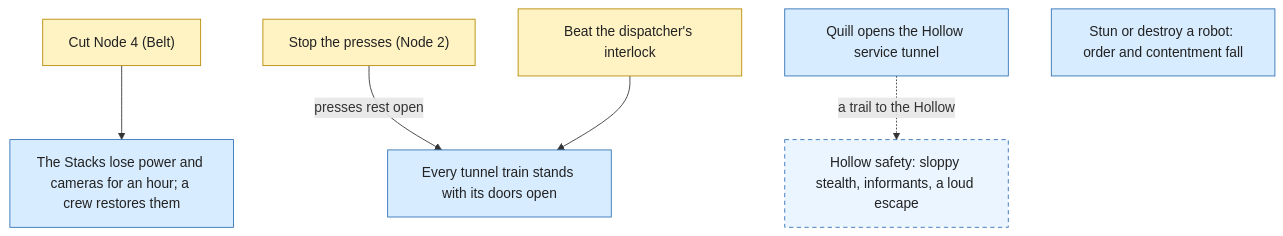
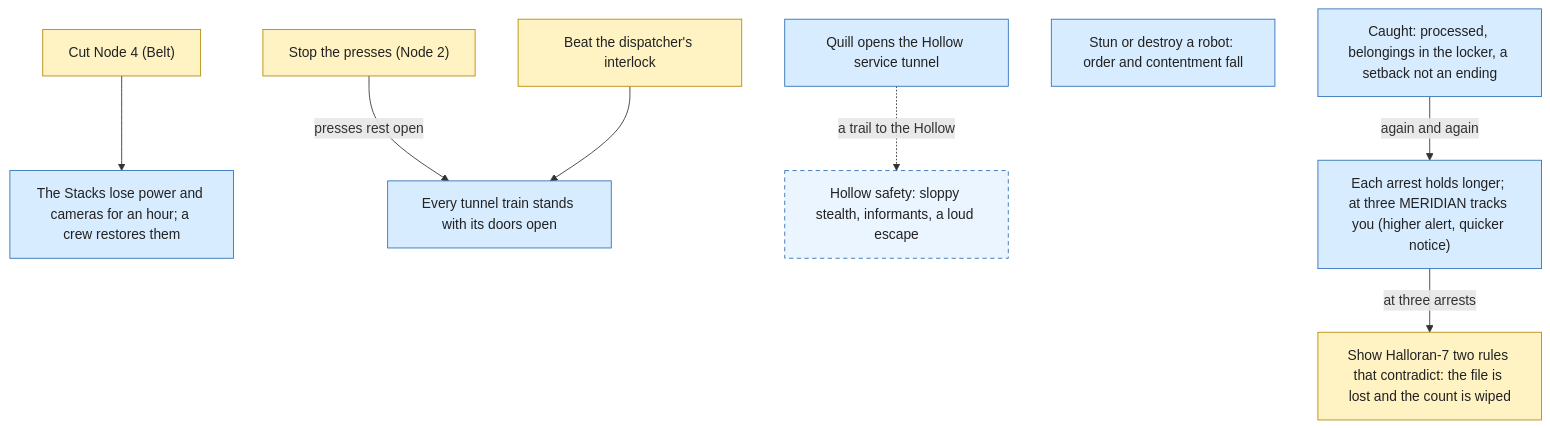
One commit to chrislee35/quiet-hours changed the fifth of 7 diagrams in docs/decision-tree.md. Above: the diagram before and after it, drawn with Mermaid. The commit also changed 28 other files, not shown here.

Commit message:
T3.15: Civic Voice broadcast pool (40 lines, conditions, weights, no-repeat), repeated-arrest escalation and tracking, Halloran-7 and his deal at three arrests; tests for pool selection and arrest-count dialogue

````diff
--- a/docs/decision-tree.md
+++ b/docs/decision-tree.md
@@ -184,23 +184,28 @@
 ```mermaid
 flowchart TD
   n_power["Cut Node 4 (Belt)"]
   n_blackout["The Stacks lose power and cameras for an hour; a crew restores them"]
   n_node2["Stop the presses (Node 2)"]
   n_interlock["Beat the dispatcher's interlock"]
   n_stopped["Every tunnel train stands with its doors open"]
   n_hollowdoor["Quill opens the Hollow service tunnel"]
   n_hollowrisk["Hollow safety: sloppy stealth, informants, a loud escape"]
   n_stunned["Stun or destroy a robot: order and contentment fall"]
+  n_caught["Caught: processed, belongings in the locker, a setback not an ending"]
+  n_escalate["Each arrest holds longer; at three MERIDIAN tracks you (higher alert, quicker notice)"]
+  n_halloran["Show Halloran-7 two rules that contradict: the file is lost and the count is wiped"]
   n_power --> n_blackout
   n_node2 -->|presses rest open| n_stopped
   n_interlock --> n_stopped
   n_hollowdoor -.->|a trail to the Hollow| n_hollowrisk
-  class n_power,n_node2,n_interlock decision
-  class n_blackout,n_stopped,n_hollowdoor,n_hollowrisk,n_stunned outcome
+  n_caught -->|again and again| n_escalate
+  n_escalate -->|at three arrests| n_halloran
+  class n_power,n_node2,n_interlock,n_halloran decision
+  class n_blackout,n_stopped,n_hollowdoor,n_hollowrisk,n_stunned,n_caught,n_escalate outcome
   class n_hollowrisk planned
   classDef decision fill:#fff3c4,stroke:#b58900,color:#222
   classDef outcome fill:#d8ecff,stroke:#2d6fb5,color:#222
   classDef achievement fill:#d9f2d9,stroke:#2e8b3d,color:#222
   classDef state fill:#eeeeee,stroke:#777,color:#222
   classDef planned stroke-dasharray:5 4,fill-opacity:0.5
 ```
````
